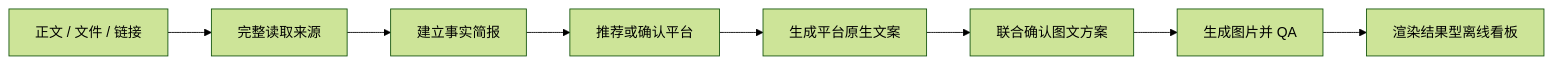
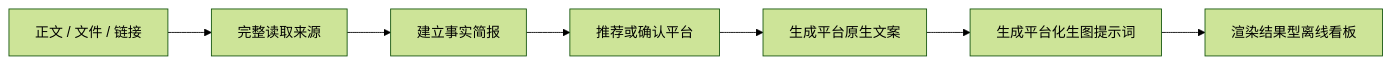
Before and after one commit to halexzd686-cloud/Platform-Connect: the diagram in README.md, drawn with Mermaid (forest theme). The commit also changed other lines of this file and 27 other files, not shown here.

````diff
--- a/README.md
+++ b/README.md
@@ -114,10 +113,9 @@
 ```mermaid
 flowchart LR
     A["正文 / 文件 / 链接"] --> B["完整读取来源"]
     B --> C["建立事实简报"]
     C --> D["推荐或确认平台"]
     D --> E["生成平台原生文案"]
-    E --> F["联合确认图文方案"]
-    F --> G["生成图片并 QA"]
-    G --> H["渲染结果型离线看板"]
+    E --> F["生成平台化生图提示词"]
+    F --> G["渲染结果型离线看板"]
 ```
````
